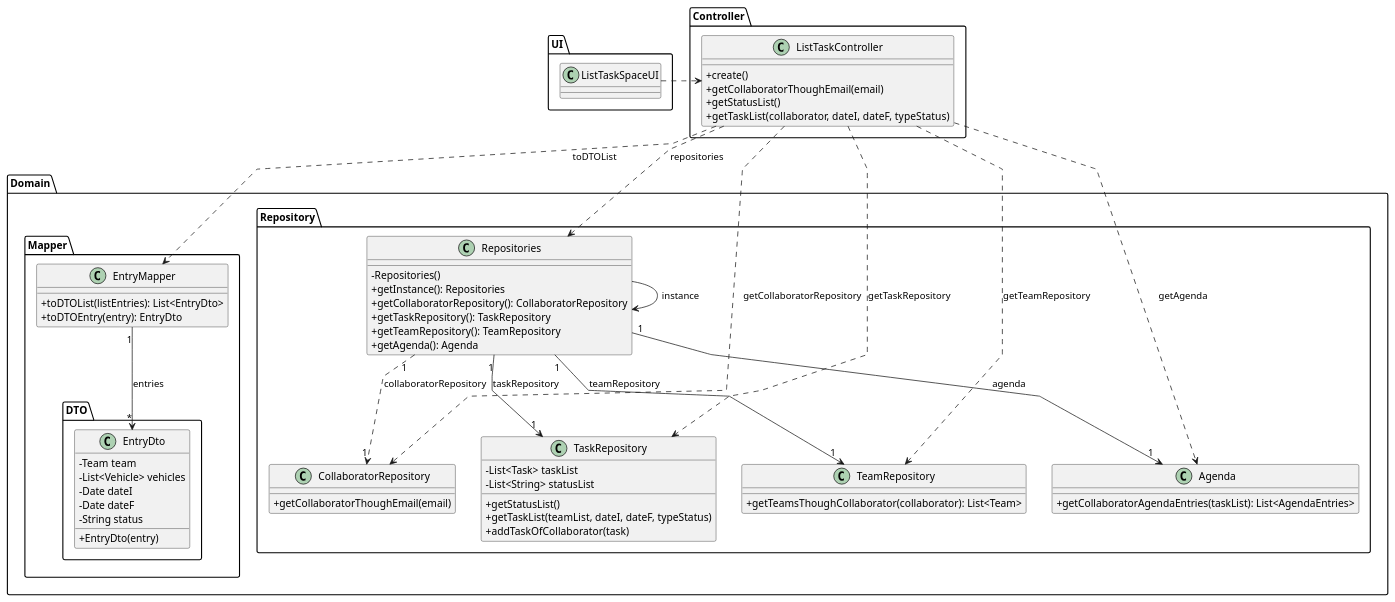
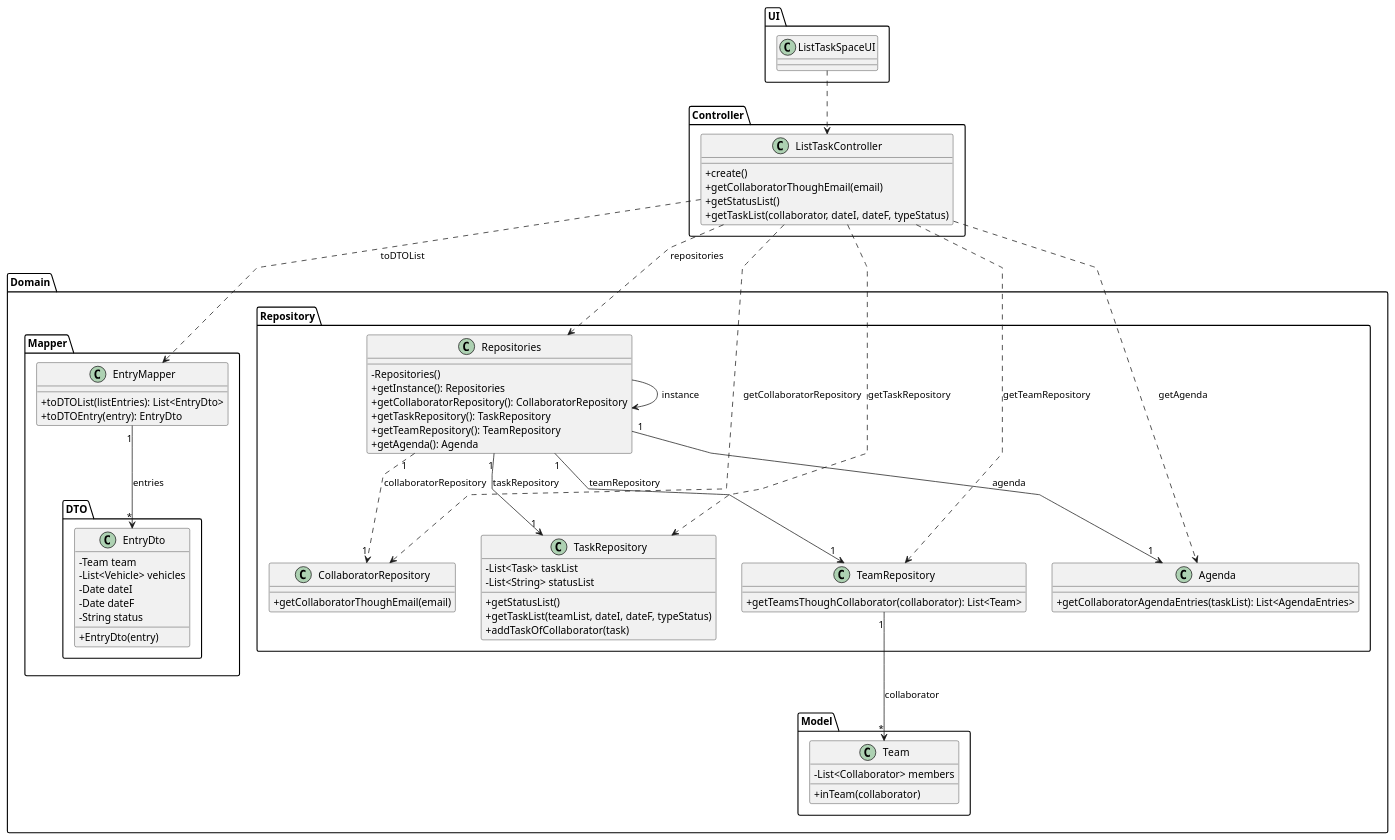
One commit to diogoveirospro/lei-24-s2-1dg-g072 changed the diagram in docs/sprintC/us028/03.design/puml/us028-class-diagram.puml. Above: the diagram before and after it, drawn with PlantUML. The commit also changed 1 other file, not shown here.

```diff
--- a/docs/sprintC/us028/03.design/puml/us028-class-diagram.puml
+++ b/docs/sprintC/us028/03.design/puml/us028-class-diagram.puml
@@ -1,83 +1,90 @@
 @startuml
 skinparam packageStyle folder
 skinparam shadowing false
 skinparam linetype polyline
 skinparam classAttributeIconSize 0
 
 package UI {
 class "ListTaskSpaceUI" as UserInterface
 }
 
 package Controller {
 class "ListTaskController" as CTRL {
     + create()
     + getCollaboratorThoughEmail(email)
     + getStatusList()
     + getTaskList(collaborator, dateI, dateF, typeStatus)
 }
 }
 
 package Domain {
+package Model {
+class Team {
+    - List<Collaborator> members
+    + inTeam(collaborator)
+}
+}
 package Repository {
+
 class "Repositories" as RepositorySingleton {
     - Repositories()
     + getInstance(): Repositories
     + getCollaboratorRepository(): CollaboratorRepository
     + getTaskRepository(): TaskRepository
     + getTeamRepository(): TeamRepository
     + getAgenda(): Agenda
 }
 
 class "CollaboratorRepository" as collaboratorRepository {
     + getCollaboratorThoughEmail(email)
 }
 
 class "TaskRepository" as taskRepository {
     - List<Task> taskList
     - List<String> statusList
     + getStatusList()
     + getTaskList(teamList, dateI, dateF, typeStatus)
     + addTaskOfCollaborator(task)
 }
 
 class "TeamRepository" as teamRepository {
     + getTeamsThoughCollaborator(collaborator): List<Team>
 }
 
 class "Agenda" as agenda {
     + getCollaboratorAgendaEntries(taskList): List<AgendaEntries>
 }
 }
 package Mapper {
 class "EntryMapper" as MapperDto {
     + toDTOList(listEntries): List<EntryDto>
     + toDTOEntry(entry): EntryDto
 }
 package DTO {
 class "EntryDto" as DataTransferObject {
     - Team team
     - List<Vehicle> vehicles
     - Date dateI
     - Date dateF
     - String status
     + EntryDto(entry)
 }
 }
 }
 }
 
-UserInterface .> CTRL
+UserInterface ..> CTRL
 CTRL ..> RepositorySingleton : repositories
-RepositorySingleton -> RepositorySingleton : instance
-CTRL .> collaboratorRepository: getCollaboratorRepository
-CTRL .> taskRepository: getTaskRepository
-CTRL .> teamRepository: getTeamRepository
-CTRL .> agenda: getAgenda
-CTRL .> MapperDto: toDTOList
+RepositorySingleton --> RepositorySingleton : instance
+CTRL ..> collaboratorRepository: getCollaboratorRepository
+CTRL ..> taskRepository: getTaskRepository
+CTRL ..> teamRepository: getTeamRepository
+CTRL ..> agenda: getAgenda
+CTRL ..> MapperDto: toDTOList
 MapperDto "1" --> "*" DataTransferObject: entries
 RepositorySingleton "1" ..> "1" collaboratorRepository: collaboratorRepository
 RepositorySingleton "1" --> "1" taskRepository: taskRepository
 RepositorySingleton "1" --> "1" teamRepository: teamRepository
 RepositorySingleton "1" --> "1" agenda: agenda
-
+teamRepository "1" --> "*" Team: collaborator
 @enduml
```
